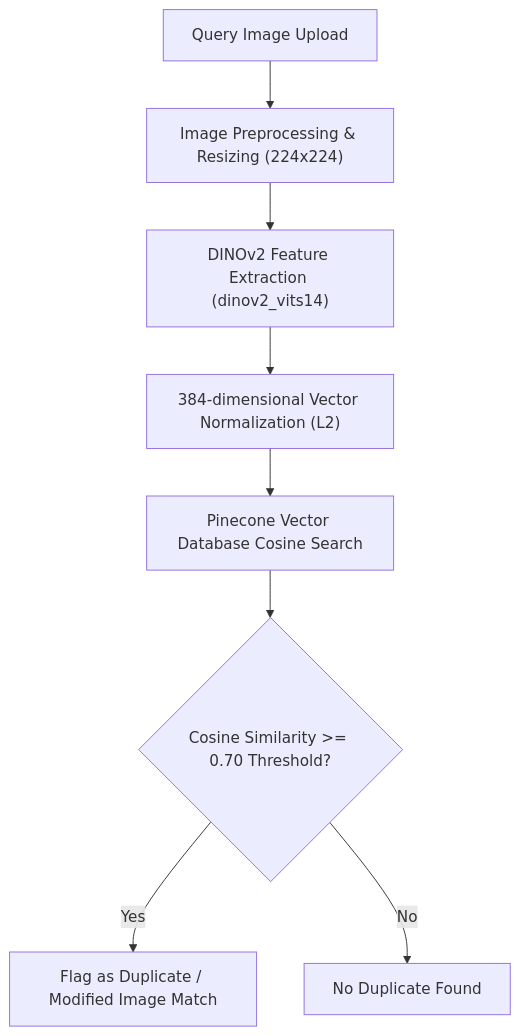
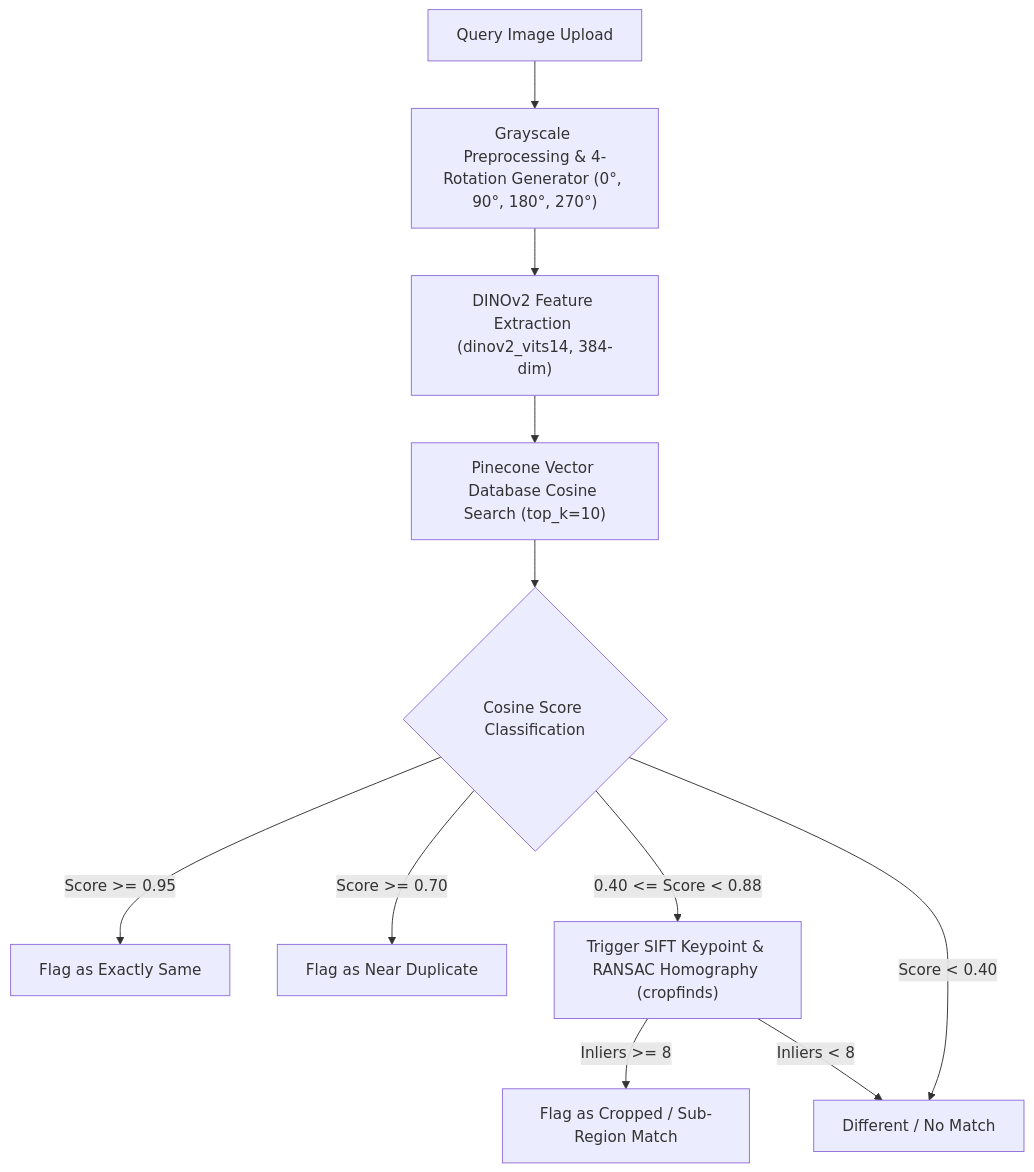
Before and after one commit to yogesh-3324/Binary-Brains: the first of 2 diagrams in README.md, drawn with Mermaid. The commit also changed other lines of this file, not shown here.

Commit message:
docs: update image duplicate detection pipeline in README with DINOv2 grayscale, 4-rotation query, SIFT+RANSAC homography, and pHash fallback

````diff
--- a/README.md
+++ b/README.md
@@ -100,10 +102,13 @@
 ```mermaid
 graph TD
-    A["Query Image Upload"] --> B["Image Preprocessing & Resizing (224x224)"]
-    B --> C["DINOv2 Feature Extraction (dinov2_vits14)"]
-    C --> D["384-dimensional Vector Normalization (L2)"]
-    D --> E["Pinecone Vector Database Cosine Search"]
-    E --> F{"Cosine Similarity >= 0.70 Threshold?"}
-    F -- Yes --> G["Flag as Duplicate / Modified Image Match"]
-    F -- No --> H["No Duplicate Found"]
+    A["Query Image Upload"] --> B["Grayscale Preprocessing & 4-Rotation Generator (0°, 90°, 180°, 270°)"]
+    B --> C["DINOv2 Feature Extraction (dinov2_vits14, 384-dim)"]
+    C --> D["Pinecone Vector Database Cosine Search (top_k=10)"]
+    D --> E{"Cosine Score Classification"}
+    E -- "Score >= 0.95" --> F["Flag as Exactly Same"]
+    E -- "Score >= 0.70" --> G["Flag as Near Duplicate"]
+    E -- "0.40 <= Score < 0.88" --> H["Trigger SIFT Keypoint & RANSAC Homography (cropfinds)"]
+    H -- "Inliers >= 8" --> I["Flag as Cropped / Sub-Region Match"]
+    H -- "Inliers < 8" --> J["Different / No Match"]
+    E -- "Score < 0.40" --> J
 ```
````
